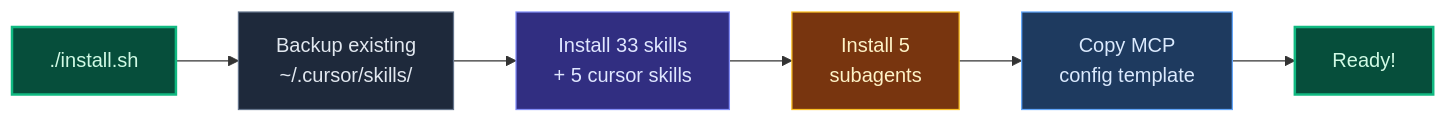
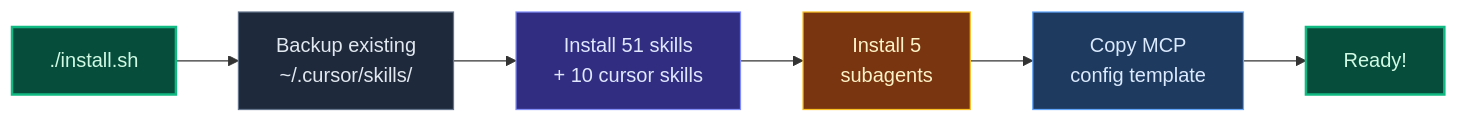
The third of 9 diagrams in README.md (kensaurus/cursor-kenji), drawn with Mermaid before and after one commit. The commit also changed other lines of this file and 24 other files, not shown here.

First line of the commit message:
feat: add 18 skills and 5 cursor-skills from local toolkit

````diff
--- a/README.md
+++ b/README.md
@@ -258,15 +283,15 @@
 ```mermaid
 flowchart LR
   A["./install.sh"] --> B["Backup existing\n~/.cursor/skills/"]
-  B --> C["Install 33 skills\n+ 5 cursor skills"]
+  B --> C["Install 51 skills\n+ 10 cursor skills"]
   C --> D["Install 5\nsubagents"]
   D --> E["Copy MCP\nconfig template"]
   E --> F["Ready!"]
 
   style A fill:#064e3b,stroke:#10b981,stroke-width:2px,color:#d1fae5
   style F fill:#064e3b,stroke:#10b981,stroke-width:2px,color:#d1fae5
   style B fill:#1e293b,stroke:#64748b,color:#e2e8f0
   style C fill:#312e81,stroke:#818cf8,color:#e0e7ff
   style D fill:#78350f,stroke:#fbbf24,color:#fef3c7
   style E fill:#1e3a5f,stroke:#60a5fa,color:#dbeafe
 ```
````
